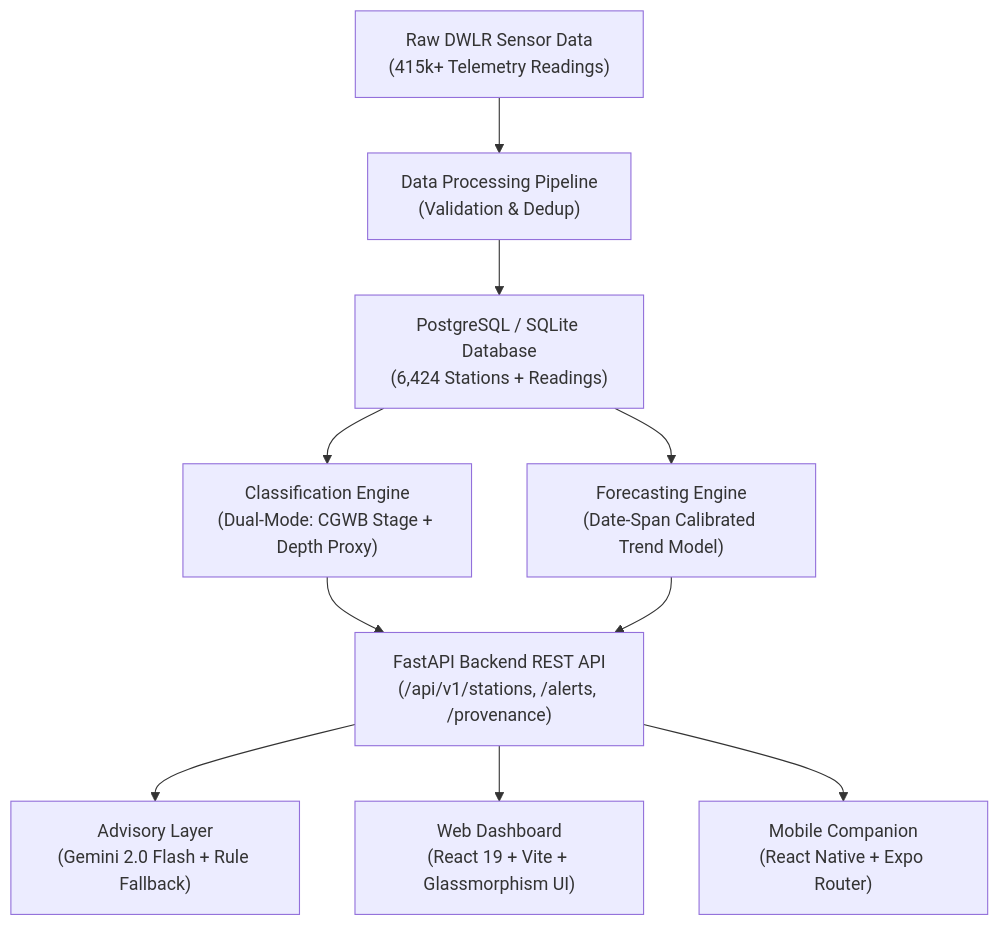
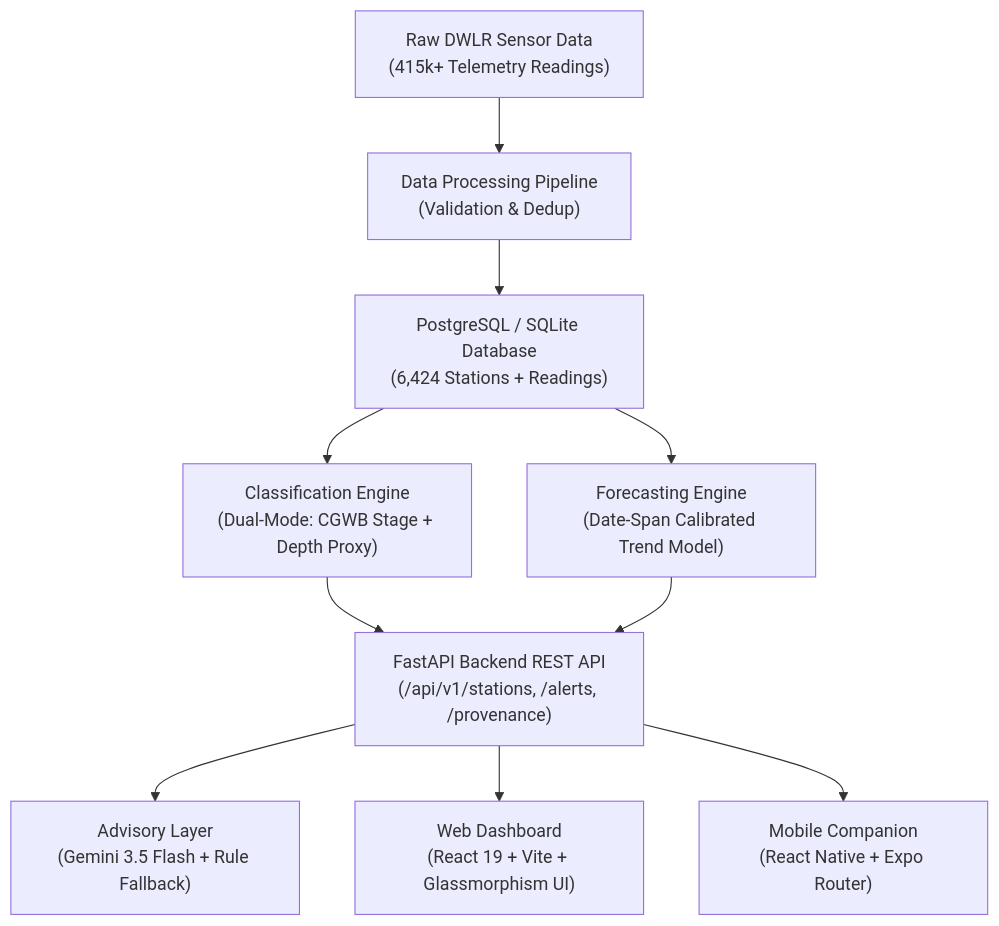
The diagram in README.md (ArnavSharma-IND/JalDristi-), drawn with Mermaid before and after one commit. The commit also changed other lines of this file and 6 other files, not shown here.

First line of the commit message:
feat(ai): upgrade LLM advisory model to Google Gemini 3.5 Flash

````diff
--- a/README.md
+++ b/README.md
@@ -57,16 +57,16 @@
 ```mermaid
 graph TD
     A["Raw DWLR Sensor Data<br/>(415k+ Telemetry Readings)"] --> B["Data Processing Pipeline<br/>(Validation & Dedup)"]
     B --> C["PostgreSQL / SQLite Database<br/>(6,424 Stations + Readings)"]
     
     C --> D["Classification Engine<br/>(Dual-Mode: CGWB Stage + Depth Proxy)"]
     C --> E["Forecasting Engine<br/>(Date-Span Calibrated Trend Model)"]
     
     D --> F["FastAPI Backend REST API<br/>(/api/v1/stations, /alerts, /provenance)"]
     E --> F
     
-    F --> G["Advisory Layer<br/>(Gemini 2.0 Flash + Rule Fallback)"]
+    F --> G["Advisory Layer<br/>(Gemini 3.5 Flash + Rule Fallback)"]
     
     F --> H["Web Dashboard<br/>(React 19 + Vite + Glassmorphism UI)"]
     F --> I["Mobile Companion<br/>(React Native + Expo Router)"]
 ```
````
